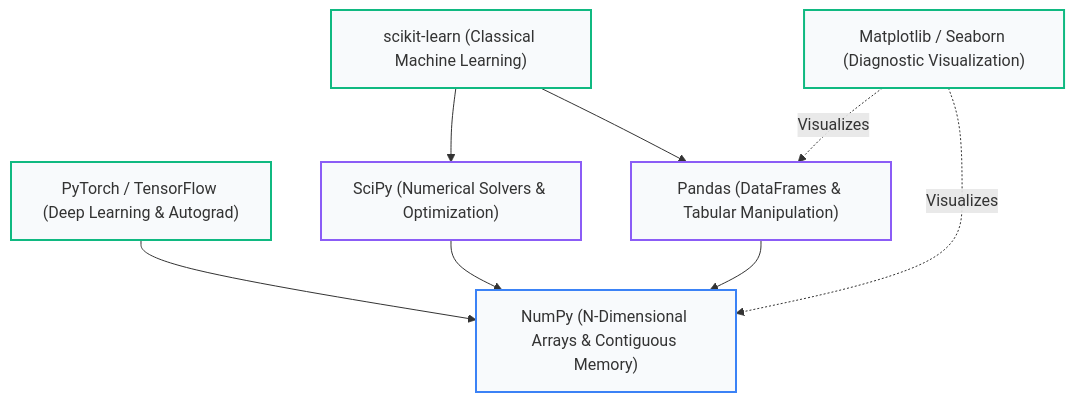
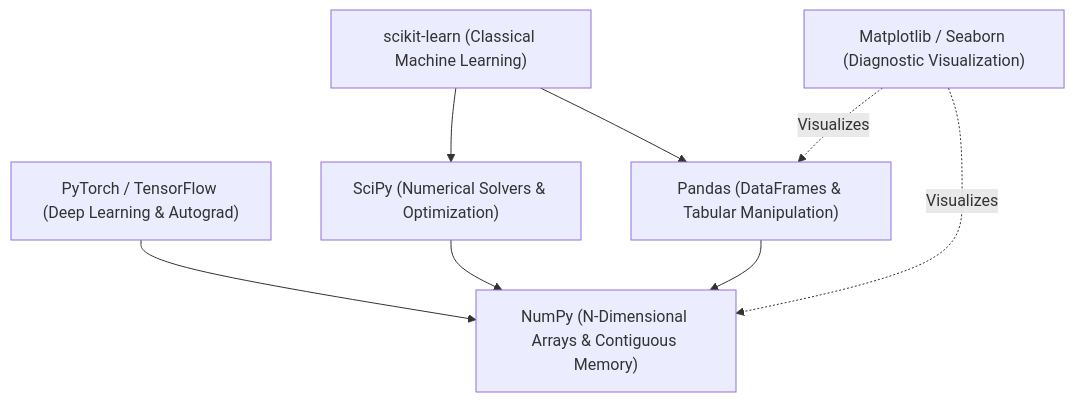
Before and after one commit to vettrivel-kl/vettrivel-kl.github.io: the first of 2 diagrams in docs/Machine-Learning-Algorithms/01-foundations/05-toolkit-and-pipeline.mdx, drawn with Mermaid. The commit also changed other lines of this file and 51 other files, not shown here.

````diff
--- a/docs/Machine-Learning-Algorithms/01-foundations/05-toolkit-and-pipeline.mdx
+++ b/docs/Machine-Learning-Algorithms/01-foundations/05-toolkit-and-pipeline.mdx
@@ -32,25 +32,17 @@
 ```mermaid
 flowchart TD
-    classDef base fill:#f8fafc,stroke:#3b82f6,stroke-width:2px;
-    classDef mid fill:#f8fafc,stroke:#8b5cf6,stroke-width:2px;
-    classDef top fill:#f8fafc,stroke:#10b981,stroke-width:2px;
-
     DL["PyTorch / TensorFlow (Deep Learning & Autograd)"]
     ML["scikit-learn (Classical Machine Learning)"]
     SC["SciPy (Numerical Solvers & Optimization)"]
     PD["Pandas (DataFrames & Tabular Manipulation)"]
     NP["NumPy (N-Dimensional Arrays & Contiguous Memory)"]
     PLT["Matplotlib / Seaborn (Diagnostic Visualization)"]
 
     DL --> NP
     ML --> SC
     ML --> PD
     SC --> NP
     PD --> NP
     PLT -. "Visualizes" .-> NP
     PLT -. "Visualizes" .-> PD
-
-    class NP base;
-    class SC,PD mid;
-    class ML,DL,PLT top;
 ```
````
